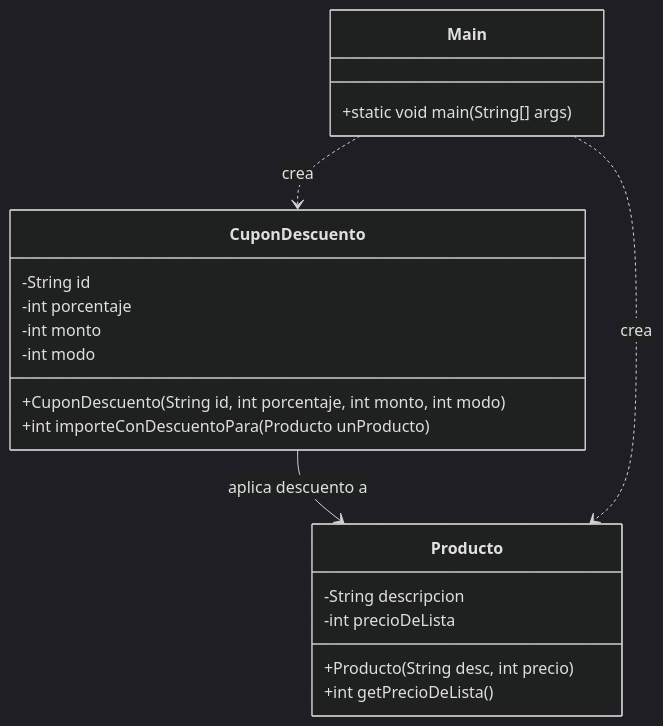
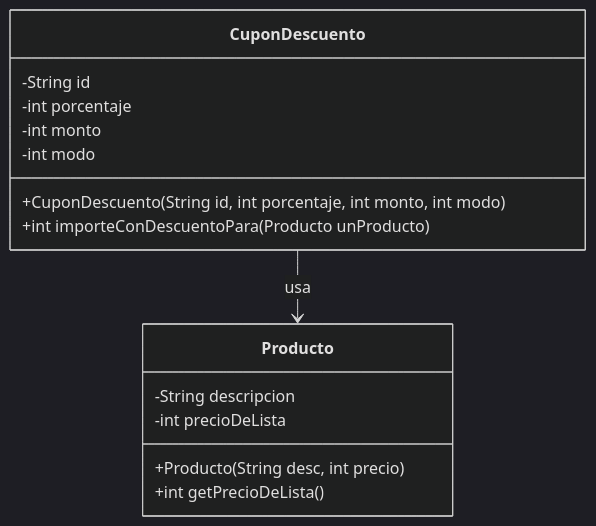
The diagram in clase 03 19-08-25/DiagramaDeClases.md (pjcdz/ProcesoDeDesarrolloDeSoftware), drawn with Mermaid (dark theme) before and after one commit. The commit also changed other lines of this file, not shown here.

````diff
--- a/clase 03 19-08-25/DiagramaDeClases.md
+++ b/clase 03 19-08-25/DiagramaDeClases.md
@@ -8,26 +8,20 @@
 ```mermaid
 classDiagram
     class Producto {
         -String descripcion
         -int precioDeLista
         +Producto(String desc, int precio)
         +int getPrecioDeLista()
     }
     
     class CuponDescuento {
         -String id
         -int porcentaje
         -int monto
         -int modo
         +CuponDescuento(String id, int porcentaje, int monto, int modo)
         +int importeConDescuentoPara(Producto unProducto)
     }
     
-    class Main {
-        +static void main(String[] args)
-    }
-    
-    CuponDescuento --> Producto : aplica descuento a
-    Main ..> Producto : crea
-    Main ..> CuponDescuento : crea
+    CuponDescuento --> Producto : usa
 ```
````
